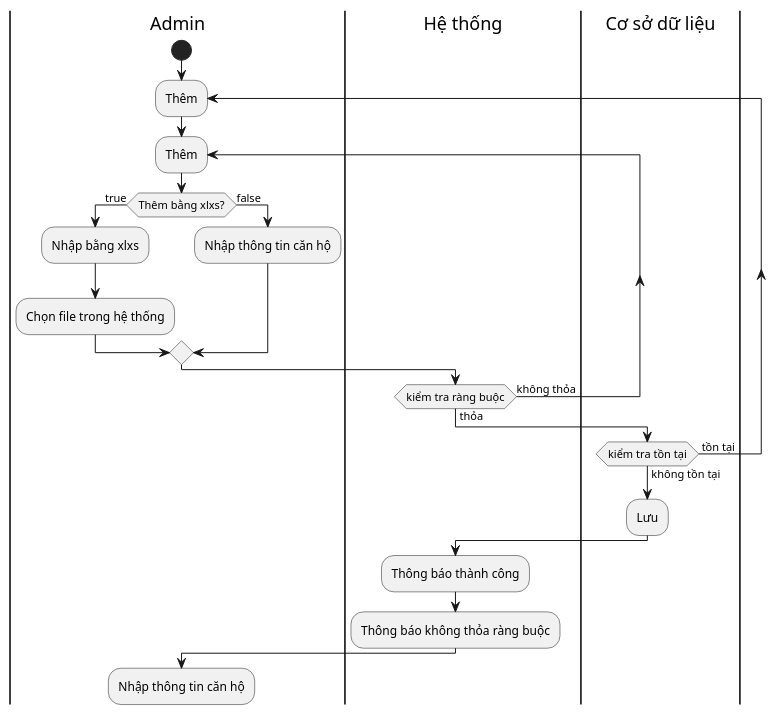
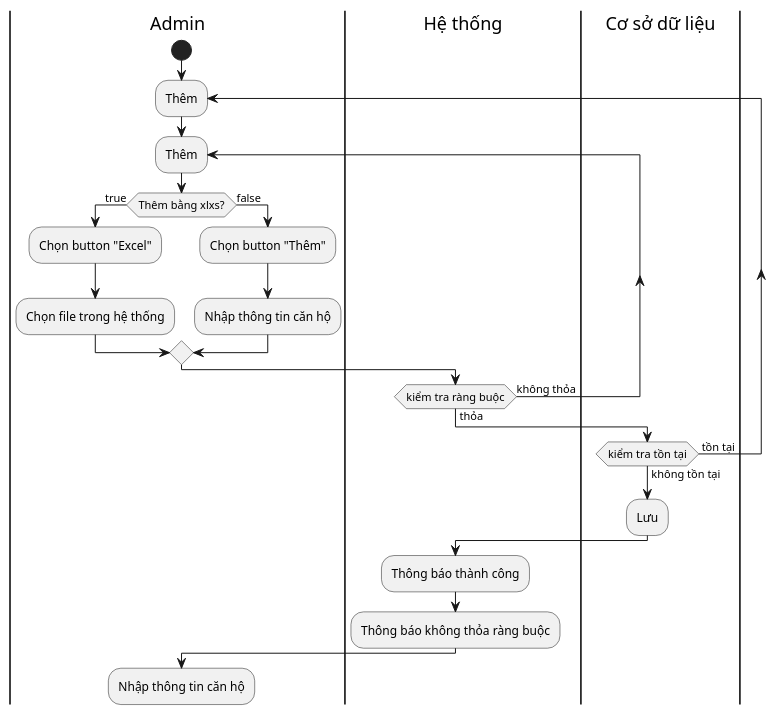
The diagram in Lab1/Lab1.2/Activity Diagram/Quản lý căn hộ/Thêm thông tin căn hộ.plantuml (QuickyBooster/SE357-Pratice-class), drawn with PlantUML before and after one commit. The commit also changed 7 other files, not shown here.

Commit message:
thuyduong class diagram

```diff
--- a/Lab1/Lab1.2/Activity Diagram/Quản lý căn hộ/Thêm thông tin căn hộ.plantuml
+++ b/Lab1/Lab1.2/Activity Diagram/Quản lý căn hộ/Thêm thông tin căn hộ.plantuml
@@ -1,26 +1,27 @@
 @startuml
 |Admin|
 start
 repeat  :Thêm;
 repeat :Thêm;
 if (Thêm bằng xlxs?) then (true)
     |Admin|
-    :Nhập bằng xlxs;
+    :Chọn button "Excel";
     :Chọn file trong hệ thống;
 else (false)
     |Admin|
+    :Chọn button "Thêm";
     :Nhập thông tin căn hộ;
     |Hệ thống|
 endif
 repeat while (kiểm tra ràng buộc) is (không thỏa) not (thỏa)
 |Cơ sở dữ liệu|
 repeat while (kiểm tra tồn tại) is ( tồn tại) not (không tồn tại)
 :Lưu;
 |Hệ thống|
 :Thông báo thành công;
 |Hệ thống|
 :Thông báo không thỏa ràng buộc;
 |Admin|
 :Nhập thông tin căn hộ;
 
 @enduml
```
